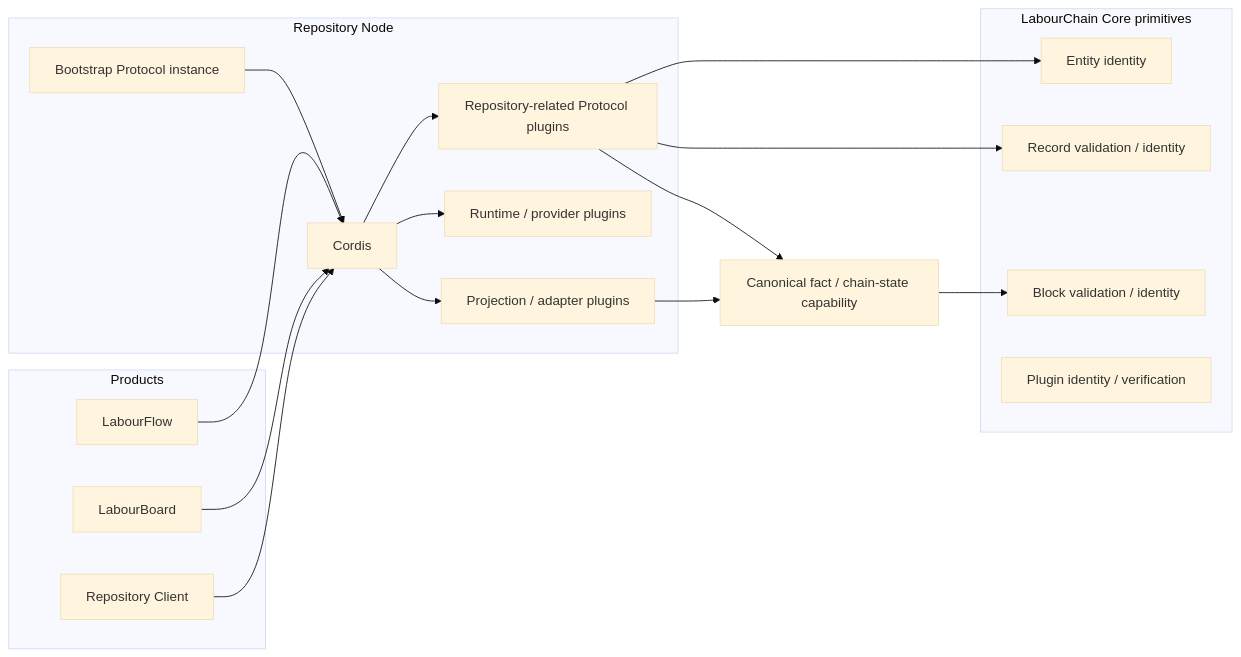
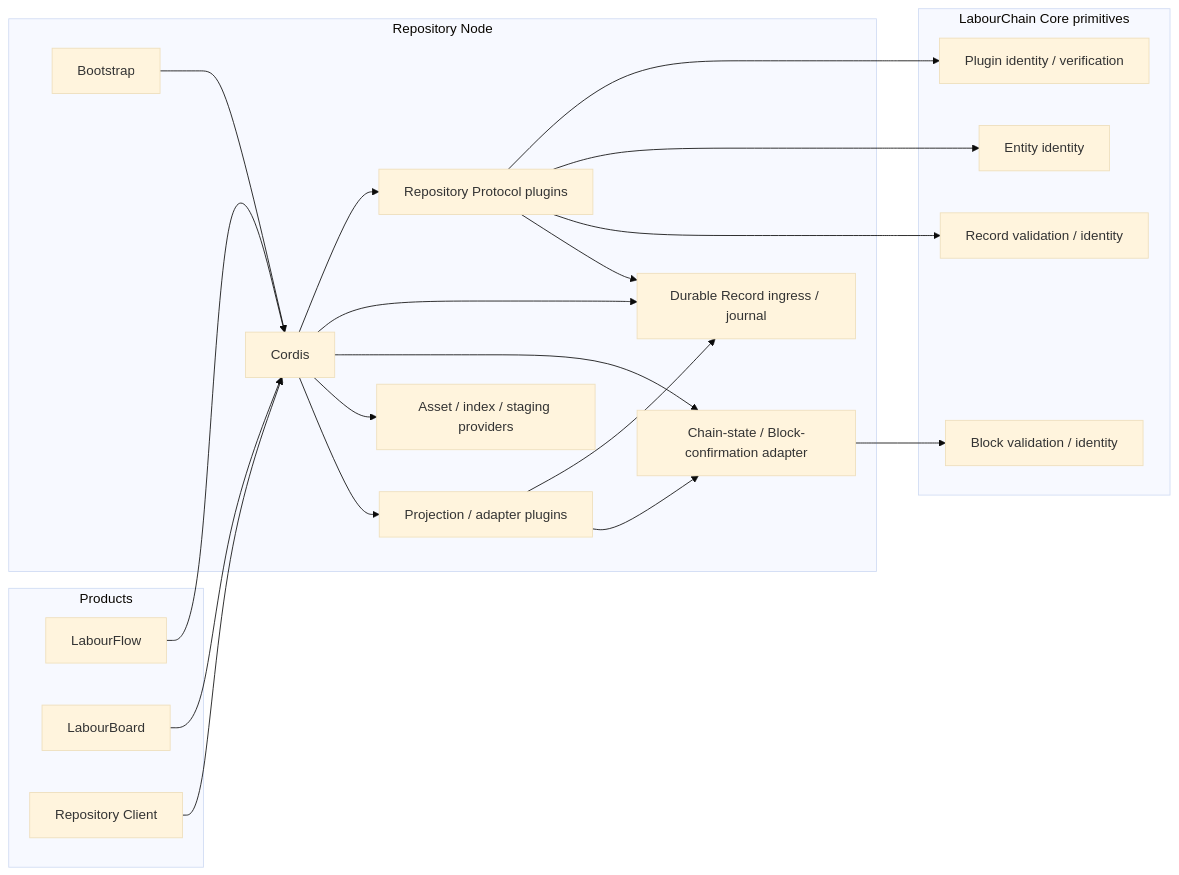
Before and after one commit to labourchain/repository: the second of 5 diagrams in docs/architecture.md, drawn with Mermaid (base theme). The commit also changed other lines of this file, not shown here.

Commit message:
docs: separate durable Record ingress from block confirmation

````diff
--- a/docs/architecture.md
+++ b/docs/architecture.md
@@ -115,40 +121,44 @@
 ```mermaid
 flowchart LR
     subgraph Products["Products"]
         Flow["LabourFlow"]
         Board["LabourBoard"]
         Client["Repository Client"]
     end
 
     subgraph Node["Repository Node"]
-        Bootstrap["Bootstrap Protocol instance"]
+        Bootstrap["Bootstrap"]
         Cordis["Cordis"]
-        RepoPlugins["Repository-related Protocol plugins"]
-        Providers["Runtime / provider plugins"]
+        RepoPlugins["Repository Protocol plugins"]
+        Journal["Durable Record ingress / journal"]
+        ChainState["Chain-state / Block-confirmation adapter"]
+        Providers["Asset / index / staging providers"]
         Views["Projection / adapter plugins"]
     end
 
     subgraph Core["LabourChain Core primitives"]
+        Plugin["Plugin identity / verification"]
         Entity["Entity identity"]
         Record["Record validation / identity"]
         Block["Block validation / identity"]
-        Plugin["Plugin identity / verification"]
     end
-
-    Chain["Canonical fact / chain-state capability"]
 
     Bootstrap --> Cordis
     Cordis --> RepoPlugins
+    Cordis --> Journal
+    Cordis --> ChainState
     Cordis --> Providers
     Cordis --> Views
 
     Flow --> Cordis
     Board --> Cordis
     Client --> Cordis
 
+    RepoPlugins --> Plugin
     RepoPlugins --> Entity
     RepoPlugins --> Record
-    RepoPlugins --> Chain
-    Views --> Chain
-    Chain --> Block
+    RepoPlugins --> Journal
+    Views --> Journal
+    Views --> ChainState
+    ChainState --> Block
 ```
````
